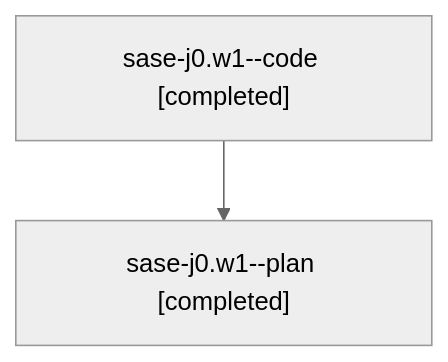
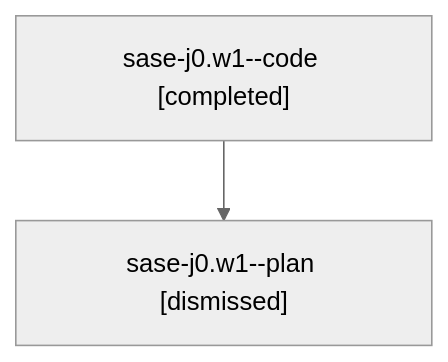
One commit to sase-org/sase--agents changed the diagram in families/bbugyi200.athena.sase-j0.w1.md. Above: the diagram before and after it, drawn with Mermaid (neutral theme). The commit also changed other lines of this file and 30 other files, not shown here.

````diff
--- a/families/bbugyi200.athena.sase-j0.w1.md
+++ b/families/bbugyi200.athena.sase-j0.w1.md
@@ -9,6 +9,6 @@
 ```mermaid
 flowchart TD
   n0["sase-j0.w1--code [completed]"]
-  n1["sase-j0.w1--plan [completed]"]
+  n1["sase-j0.w1--plan [dismissed]"]
   n0 --> n1
 ```
````
